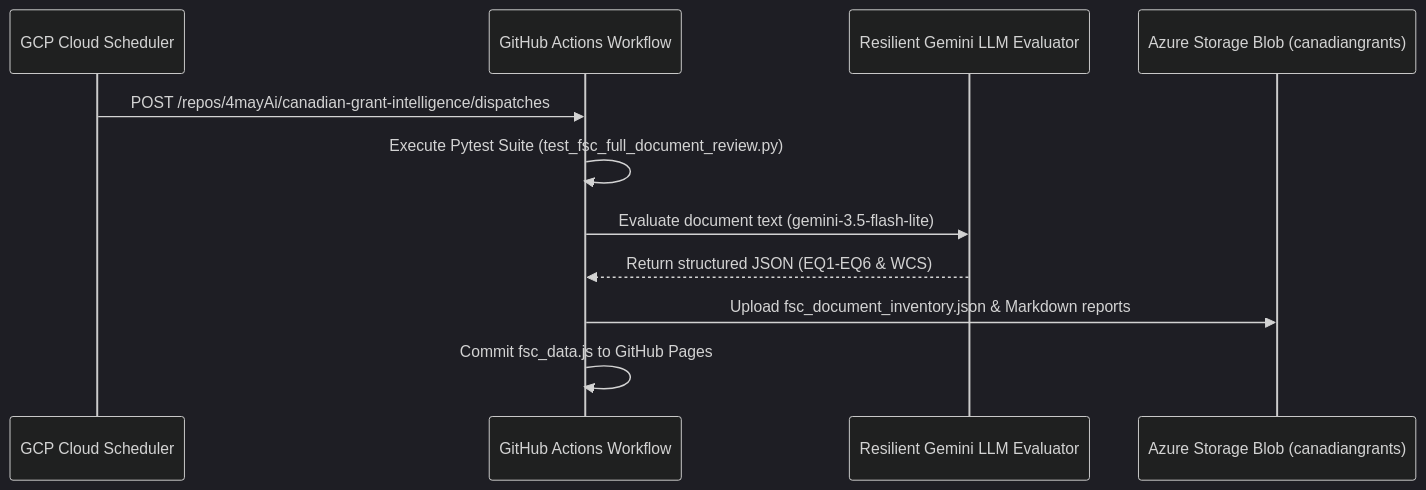
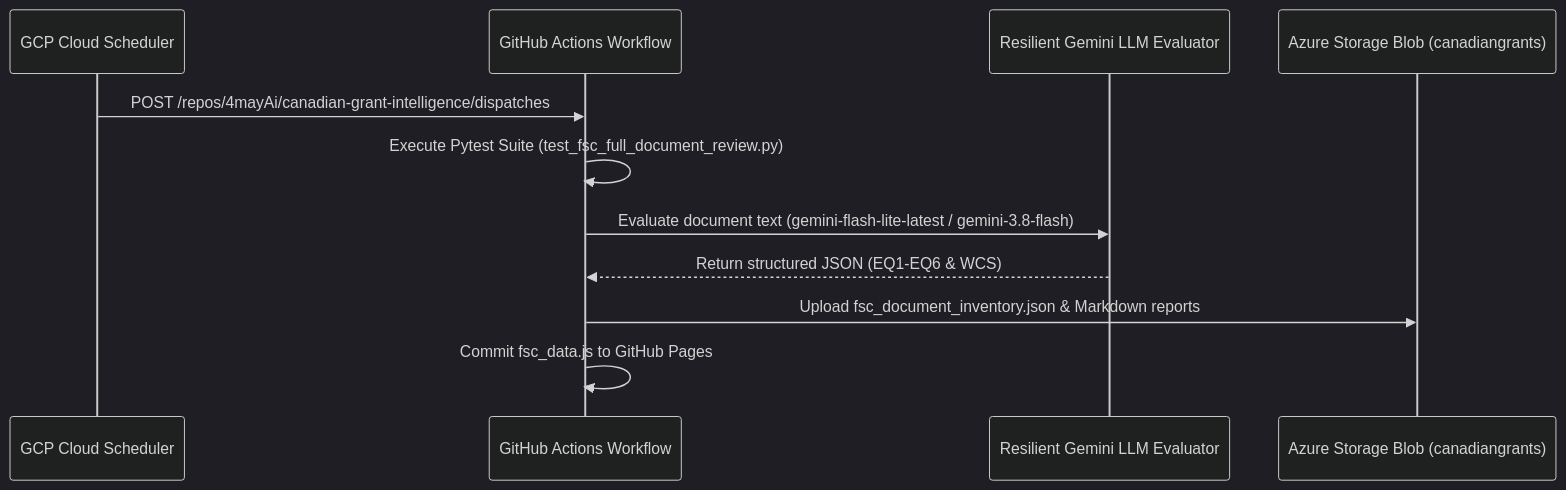
One commit to 4mayAi/canadian-grant-intelligence changed the third of 3 diagrams in docs/architecture/arc42_future_skills_evaluation_engine.md. Above: the diagram before and after it, drawn with Mermaid (dark theme). The commit also changed other lines of this file and 8 other files, not shown here.

Commit message:
Update Gemini fallback models from gemini-3.5-flash-lite to gemini-3.7-flash

````diff
--- a/docs/architecture/arc42_future_skills_evaluation_engine.md
+++ b/docs/architecture/arc42_future_skills_evaluation_engine.md
@@ -120,14 +120,14 @@
 ```mermaid
 sequenceDiagram
     participant GCP as GCP Cloud Scheduler
     participant GH as GitHub Actions Workflow
     participant LLM as Resilient Gemini LLM Evaluator
     participant AZ as Azure Storage Blob (canadiangrants)
 
     GCP->>GH: POST /repos/4mayAi/canadian-grant-intelligence/dispatches
     GH->>GH: Execute Pytest Suite (test_fsc_full_document_review.py)
-    GH->>LLM: Evaluate document text (gemini-3.5-flash-lite)
+    GH->>LLM: Evaluate document text (gemini-flash-lite-latest / gemini-3.8-flash)
     LLM-->>GH: Return structured JSON (EQ1-EQ6 & WCS)
     GH->>AZ: Upload fsc_document_inventory.json & Markdown reports
     GH->>GH: Commit fsc_data.js to GitHub Pages
 ```
````
